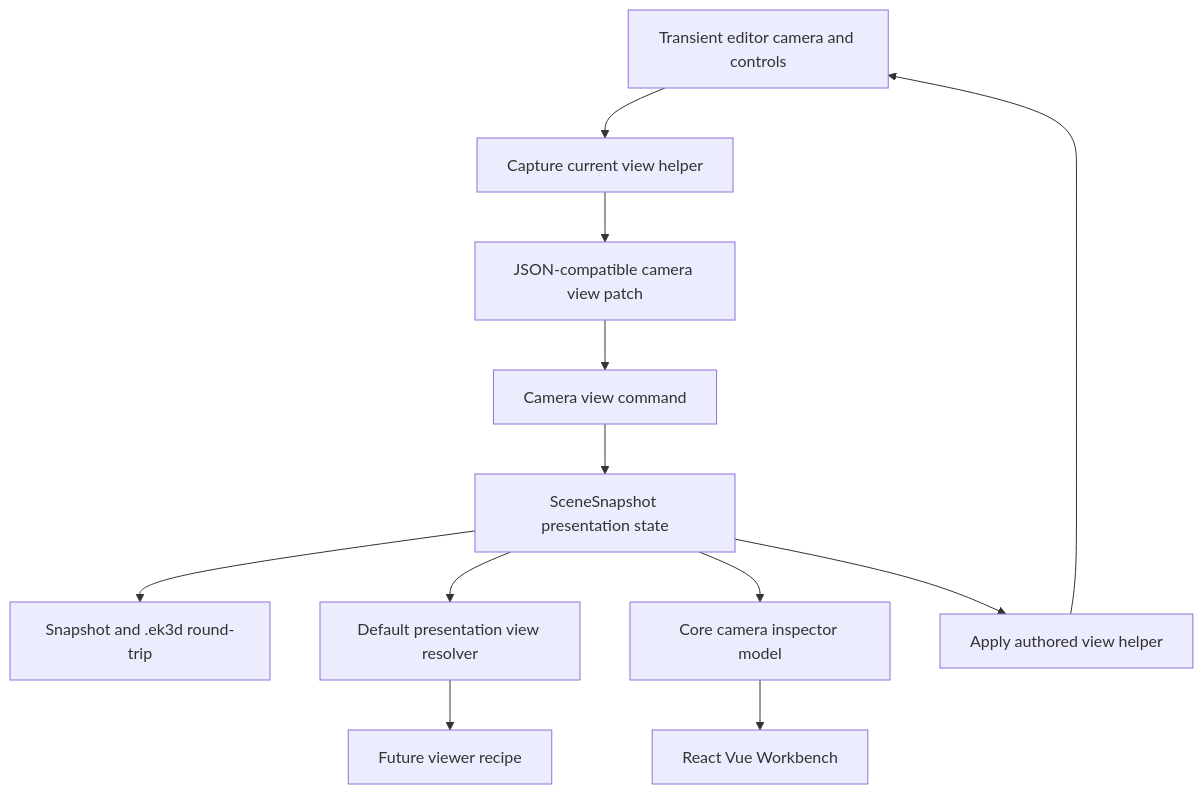
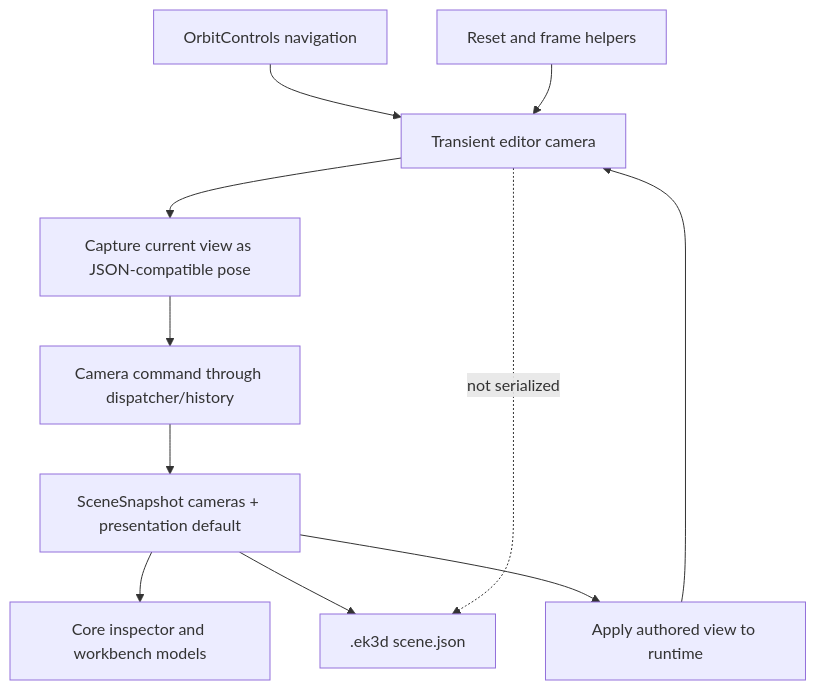
The first of 2 diagrams in docs/plans/2026-06-15-001-feat-authored-camera-views-plan.md (rookielzy/ek-aiot-3d-editor), drawn with Mermaid before and after one commit. The commit also changed other lines of this file and 57 other files, not shown here.

Commit message:
fix(core): align authored camera contract

````diff
--- a/docs/plans/2026-06-15-001-feat-authored-camera-views-plan.md
+++ b/docs/plans/2026-06-15-001-feat-authored-camera-views-plan.md
@@ -86,14 +98,13 @@
 ```mermaid
 flowchart TB
-  RuntimeCamera[Transient editor camera and controls] --> Capture[Capture current view helper]
-  Capture --> Patch[JSON-compatible camera view patch]
-  Patch --> Command[Camera view command]
-  Command --> Snapshot[SceneSnapshot presentation state]
-  Snapshot --> Serialize[Snapshot and .ek3d round-trip]
-  Snapshot --> Resolver[Default presentation view resolver]
-  Snapshot --> Inspector[Core camera inspector model]
-  Inspector --> Workbench[React Vue Workbench]
-  Resolver --> FutureViewer[Future viewer recipe]
-  Snapshot --> Apply[Apply authored view helper]
+  Orbit[OrbitControls navigation] --> RuntimeCamera[Transient editor camera]
+  Frame[Reset and frame helpers] --> RuntimeCamera
+  RuntimeCamera --> Capture[Capture current view as JSON-compatible pose]
+  Capture --> Command[Camera command through dispatcher/history]
+  Command --> Snapshot[SceneSnapshot cameras + presentation default]
+  Snapshot --> Inspector[Core inspector and workbench models]
+  Snapshot --> Package[.ek3d scene.json]
+  Snapshot --> Apply[Apply authored view to runtime]
   Apply --> RuntimeCamera
+  RuntimeCamera -. not serialized .-> Package
 ```
````
